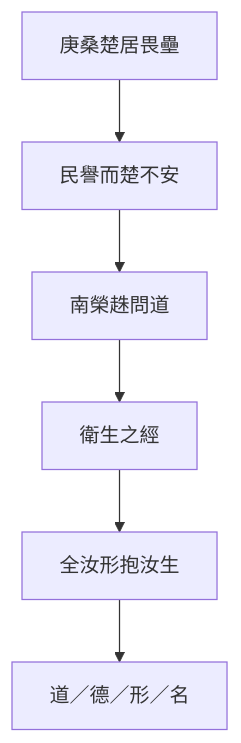
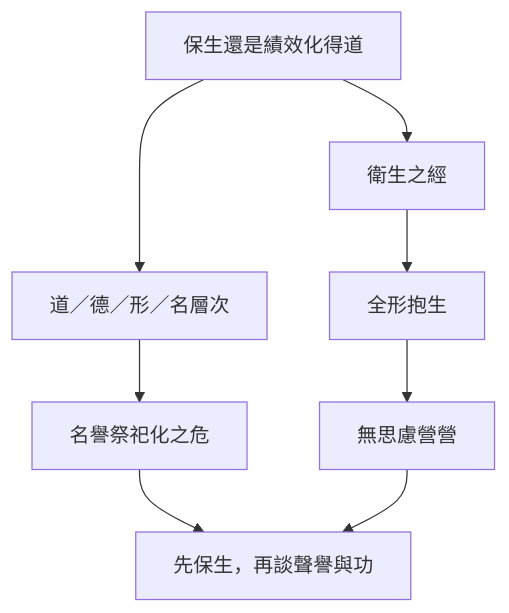
One commit to show0621/zhuangzi-atlas changed the diagram in content/chapters/03-雜篇/23-庚桑楚.md. Above: the diagram before and after it, drawn with Mermaid. The commit also changed other lines of this file and 61 other files, not shown here.

First line of the commit message:
editorial: §16 心智圖改為思想收束，與結構圖分工

````diff
--- a/content/chapters/03-雜篇/23-庚桑楚.md
+++ b/content/chapters/03-雜篇/23-庚桑楚.md
@@ -204,8 +205,10 @@
 ```mermaid
-flowchart TD
-  A[庚桑楚居畏壘] --> B[民譽而楚不安]
-  B --> C[南榮趎問道]
-  C --> D[衛生之經]
-  D --> E[全汝形抱汝生]
-  E --> F[道／德／形／名]
+flowchart TB
+  Q[保生還是績效化得道] --> H[衛生之經]
+  H --> A[全形抱生]
+  A --> B[無思慮營營]
+  Q --> L[道／德／形／名層次]
+  L --> N[名譽祭祀化之危]
+  N --> R[先保生，再談聲譽與功]
+  B --> R
 ```
````
